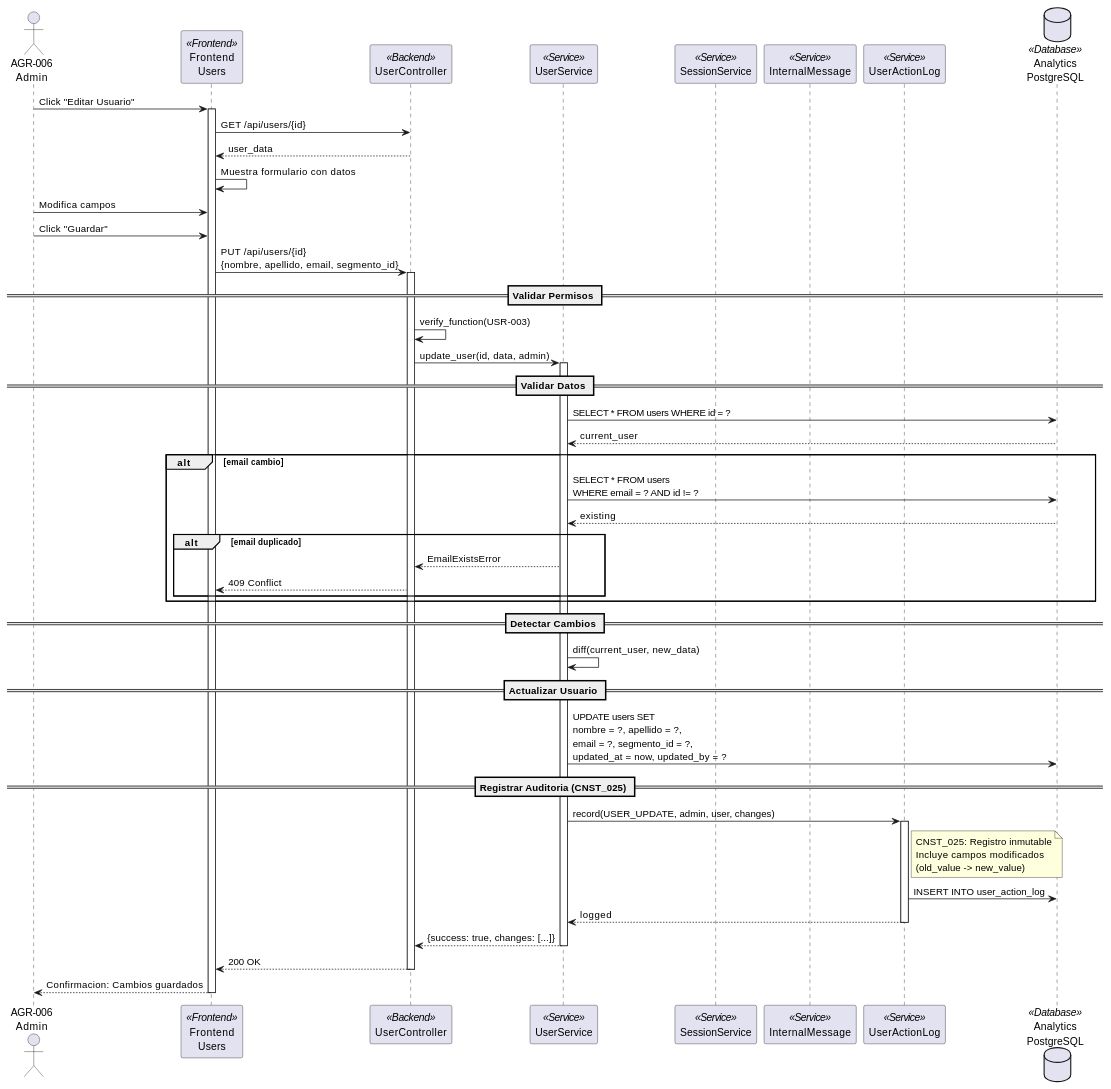
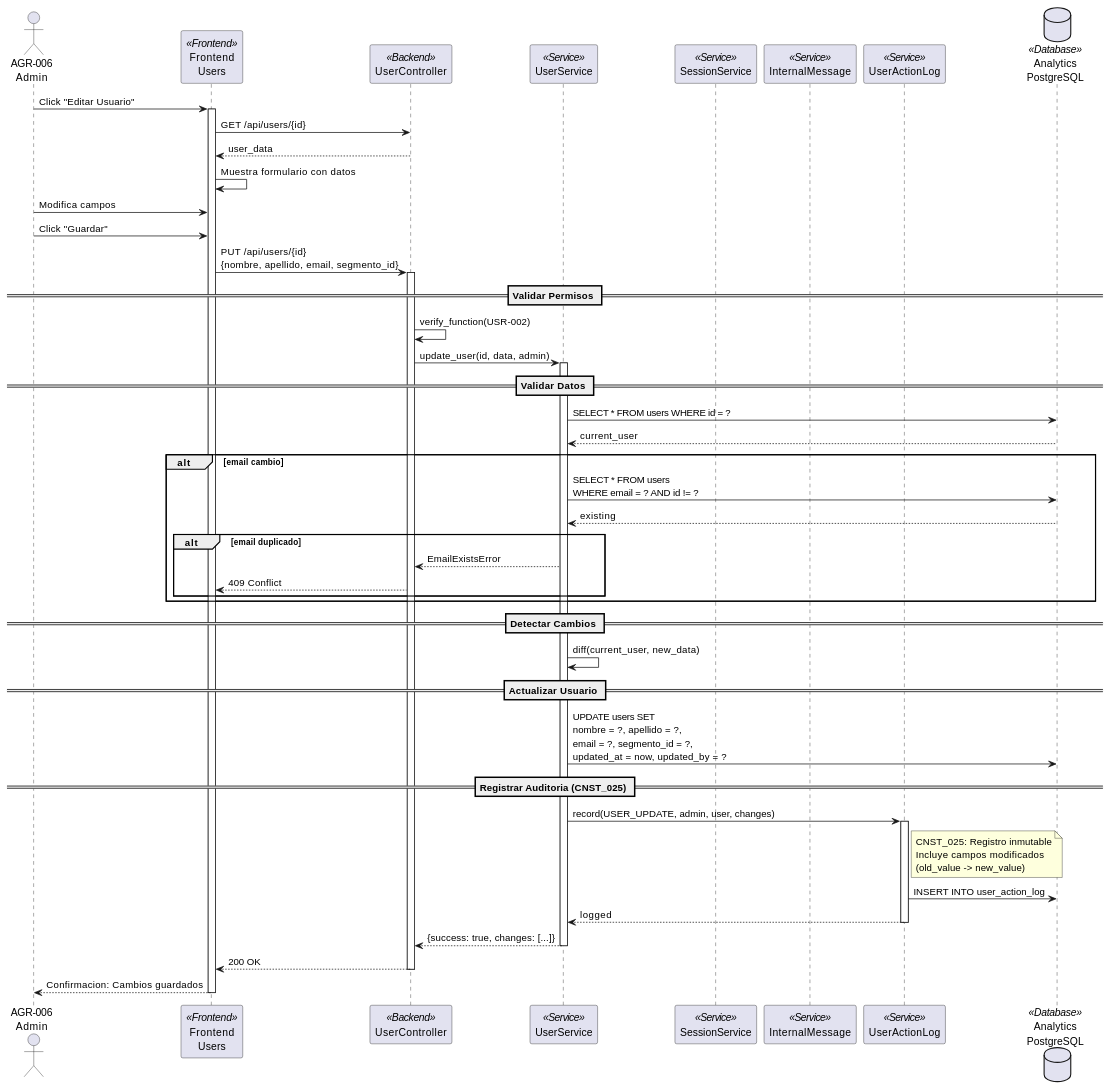
One commit to jcg-admin/IACT-docs changed the second of 3 diagrams in source/requisitos/casos-uso/users/uc-usr-03-modificar-usuario.rst. Above: the diagram before and after it, drawn with PlantUML. The commit also changed other lines of this file and 8 other files, not shown here.

```diff
--- a/source/requisitos/casos-uso/users/uc-usr-03-modificar-usuario.rst
+++ b/source/requisitos/casos-uso/users/uc-usr-03-modificar-usuario.rst
@@ -197,74 +197,74 @@
 .. uml::
  :caption: Diagrama de Secuencia - UC_USR_03
 
  @startuml
 
  actor "AGR-006\nAdmin" as A
  participant "Frontend\nUsers" as FE <<Frontend>>
  participant "UserController" as UC <<Backend>>
  participant "UserService" as US <<Service>>
  participant "SessionService" as SS <<Service>>
  participant "InternalMessage" as IM <<Service>>
  participant "UserActionLog" as UAL <<Service>>
  database "Analytics\nPostgreSQL" as DB <<Database>>
 
  A -> FE: Click "Editar Usuario"
  activate FE
 
  FE -> UC: GET /api/users/{id}
  UC --> FE: user_data
 
  FE -> FE: Muestra formulario con datos
  A -> FE: Modifica campos
  A -> FE: Click "Guardar"
 
  FE -> UC: PUT /api/users/{id}\n{nombre, apellido, email, segmento_id}
  activate UC
 
  == Validar Permisos ==
- UC -> UC: verify_function(USR-003)
+ UC -> UC: verify_function(USR-002)
 
  UC -> US: update_user(id, data, admin)
  activate US
 
  == Validar Datos ==
  US -> DB: SELECT * FROM users WHERE id = ?
  DB --> US: current_user
 
  alt email cambio
  US -> DB: SELECT * FROM users\nWHERE email = ? AND id != ?
  DB --> US: existing
  alt email duplicado
  US --> UC: EmailExistsError
  UC --> FE: 409 Conflict
  end
  end
 
  == Detectar Cambios ==
  US -> US: diff(current_user, new_data)
 
  == Actualizar Usuario ==
  US -> DB: UPDATE users SET\nnombre = ?, apellido = ?,\nemail = ?, segmento_id = ?,\nupdated_at = now, updated_by = ?
 
  == Registrar Auditoria (CNST_025) ==
  US -> UAL: record(USER_UPDATE, admin, user, changes)
  activate UAL
  note right of UAL
  CNST_025: Registro inmutable
  Incluye campos modificados
  (old_value -> new_value)
  end note
  UAL -> DB: INSERT INTO user_action_log
  UAL --> US: logged
  deactivate UAL
 
  US --> UC: {success: true, changes: [...]}
  deactivate US
 
  UC --> FE: 200 OK
  deactivate UC
 
  FE --> A: Confirmacion: Cambios guardados
  deactivate FE
 
  @enduml
```
